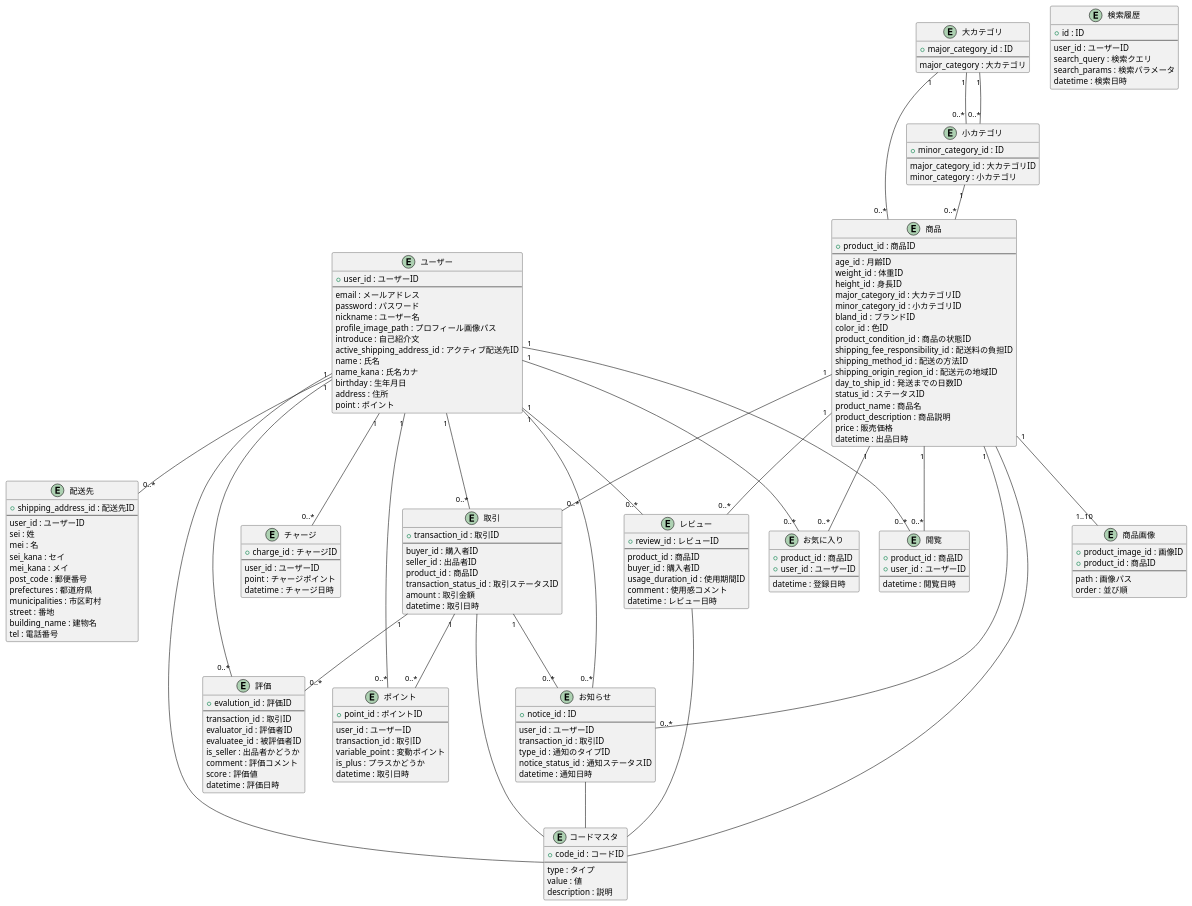
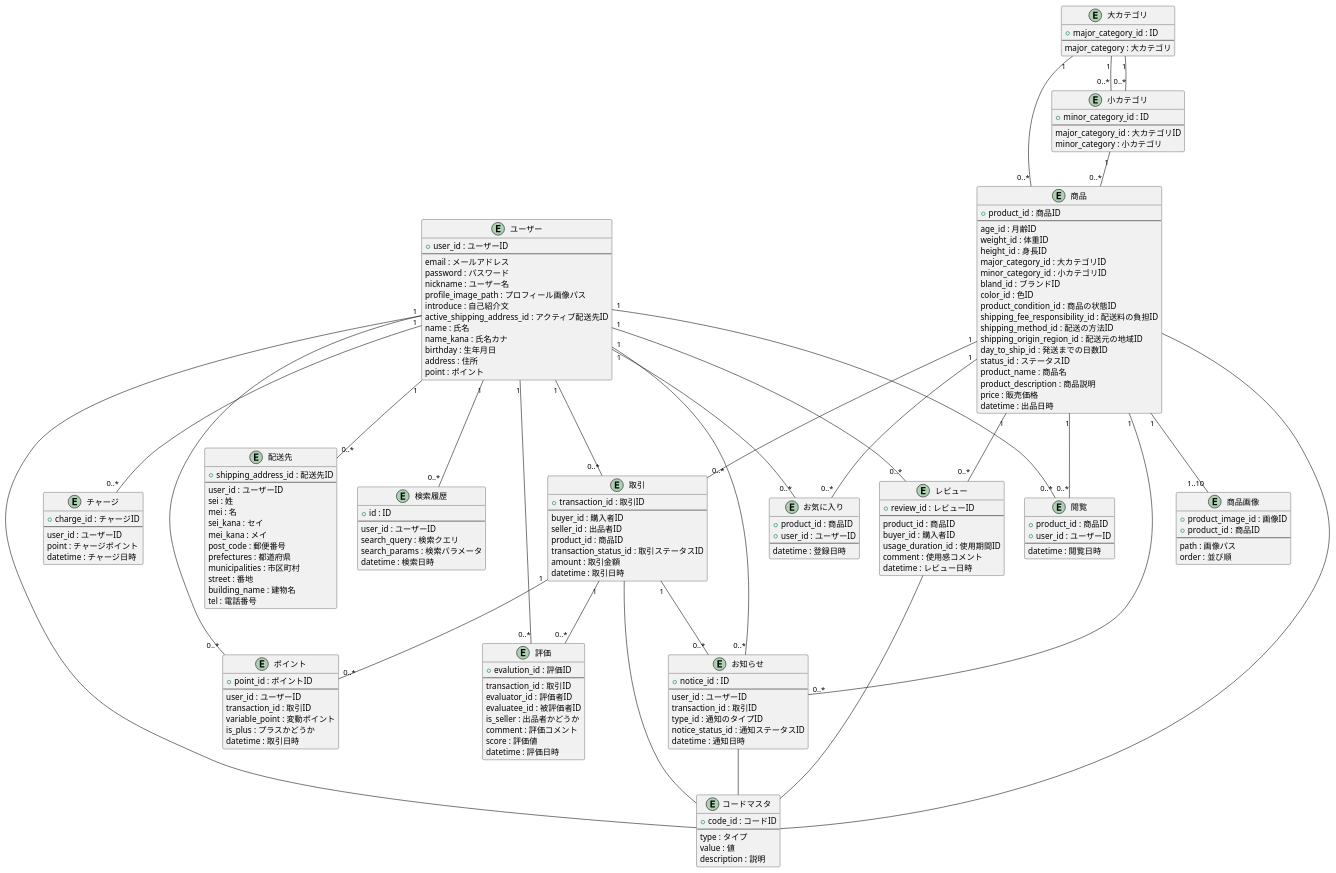
One commit to togask/baby-motsu changed the diagram in ER.pu. Above: the diagram before and after it, drawn with PlantUML.

Commit message:
relationの漏れを追加しました

```diff
--- a/ER.pu
+++ b/ER.pu
@@ -1,197 +1,198 @@
 @startuml
 
 entity "ユーザー" as user {
   + user_id : ユーザーID
   --
   email : メールアドレス
   password : パスワード
   nickname : ユーザー名
   profile_image_path : プロフィール画像パス
   introduce : 自己紹介文
   active_shipping_address_id : アクティブ配送先ID
   name : 氏名
   name_kana : 氏名カナ
   birthday : 生年月日
   address : 住所
   point : ポイント
 }
 
 entity "配送先" as shipping_address {
   + shipping_address_id : 配送先ID
   --
   user_id : ユーザーID
   sei : 姓
   mei : 名
   sei_kana : セイ
   mei_kana : メイ
   post_code : 郵便番号
   prefectures : 都道府県
   municipalities : 市区町村
   street : 番地
   building_name : 建物名
   tel : 電話番号
 }
 
 entity "検索履歴" as search_history {
   + id : ID
   --
   user_id : ユーザーID
   search_query : 検索クエリ
   search_params : 検索パラメータ
   datetime : 検索日時
 }
 
 entity "取引" as transaction {
   + transaction_id : 取引ID
   --
   buyer_id : 購入者ID
   seller_id : 出品者ID
   product_id : 商品ID
   transaction_status_id : 取引ステータスID
   amount : 取引金額
   datetime : 取引日時
 }
 
 entity "ポイント" as point {
   + point_id : ポイントID
   --
   user_id : ユーザーID
   transaction_id : 取引ID
   variable_point : 変動ポイント
   is_plus : プラスかどうか
   datetime : 取引日時
 }
 
 entity "お気に入り" as favorite {
   + product_id : 商品ID
   + user_id : ユーザーID
   --
   datetime : 登録日時
 }
 
 entity "閲覧" as productviews {
   + product_id : 商品ID
   + user_id : ユーザーID
   --
   datetime : 閲覧日時
 }
 
 entity "チャージ" as charge {
   + charge_id : チャージID
   --
   user_id : ユーザーID
   point : チャージポイント
   datetime : チャージ日時
 }
 
 entity "レビュー" as review {
   + review_id : レビューID
   --
   product_id : 商品ID
   buyer_id : 購入者ID
   usage_duration_id : 使用期間ID
   comment : 使用感コメント
   datetime : レビュー日時
 }
 
 entity "商品" as product {
   + product_id : 商品ID
   --
   age_id : 月齢ID
   weight_id : 体重ID
   height_id : 身長ID
   major_category_id : 大カテゴリID
   minor_category_id : 小カテゴリID
   bland_id : ブランドID
   color_id : 色ID
   product_condition_id : 商品の状態ID
   shipping_fee_responsibility_id : 配送料の負担ID
   shipping_method_id : 配送の方法ID
   shipping_origin_region_id : 配送元の地域ID
   day_to_ship_id : 発送までの日数ID
   status_id : ステータスID
   product_name : 商品名
   product_description : 商品説明
   price : 販売価格
   datetime : 出品日時
 }
 
 entity "商品画像" as product_image {
   + product_image_id : 画像ID
   + product_id : 商品ID
   --
   path : 画像パス
   order : 並び順
 }
 
 entity "評価" as evaluation {
   + evalution_id : 評価ID
   --
   transaction_id : 取引ID
   evaluator_id : 評価者ID
   evaluatee_id : 被評価者ID
   is_seller : 出品者かどうか
   comment : 評価コメント
   score : 評価値
   datetime : 評価日時
 }
 
 entity "お知らせ" as notice {
   + notice_id : ID
   --
   user_id : ユーザーID
   transaction_id : 取引ID
   type_id : 通知のタイプID
   notice_status_id : 通知ステータスID
   datetime : 通知日時
 }
 
 entity "大カテゴリ" as major_category {
   + major_category_id : ID
   --
   major_category : 大カテゴリ
 }
 
 entity "小カテゴリ" as minor_category {
   + minor_category_id : ID
   --
   major_category_id : 大カテゴリID
   minor_category : 小カテゴリ
 }
 
 entity "コードマスタ" as code_master {
   + code_id : コードID
   --
   type : タイプ
   value : 値
   description : 説明
 }
 
 user "1" -- "0..*" shipping_address
 user "1" -- "0..*" transaction
 product "1" -- "0..*" transaction
 product "1" -- "1..10" product_image
+user "1" -- "0..*" search_history
 user "1" -- "0..*" point
 transaction "1" -- "0..*" point
 product "1" -- "0..*" favorite
 user "1" -- "0..*" favorite
 product "1" -- "0..*" productviews
 user "1" -- "0..*" productviews
 user "1" -- "0..*" charge
 product "1" -- "0..*" review
 user "1" -- "0..*" review
 major_category "1" -- "0..*" product
 minor_category "1" -- "0..*" product
 transaction "1" -- "0..*" evaluation
 user "1" -- "0..*" evaluation
 major_category "1" -- "0..*" minor_category
 user "1" -- "0..*" notice
 transaction "1" -- "0..*" notice
 product "1" -- "0..*" notice
 major_category "1" -- "0..*" minor_category
 product -- code_master
 user -- code_master
 transaction -- code_master
 review -- code_master
 notice -- code_master
 @enduml
```
